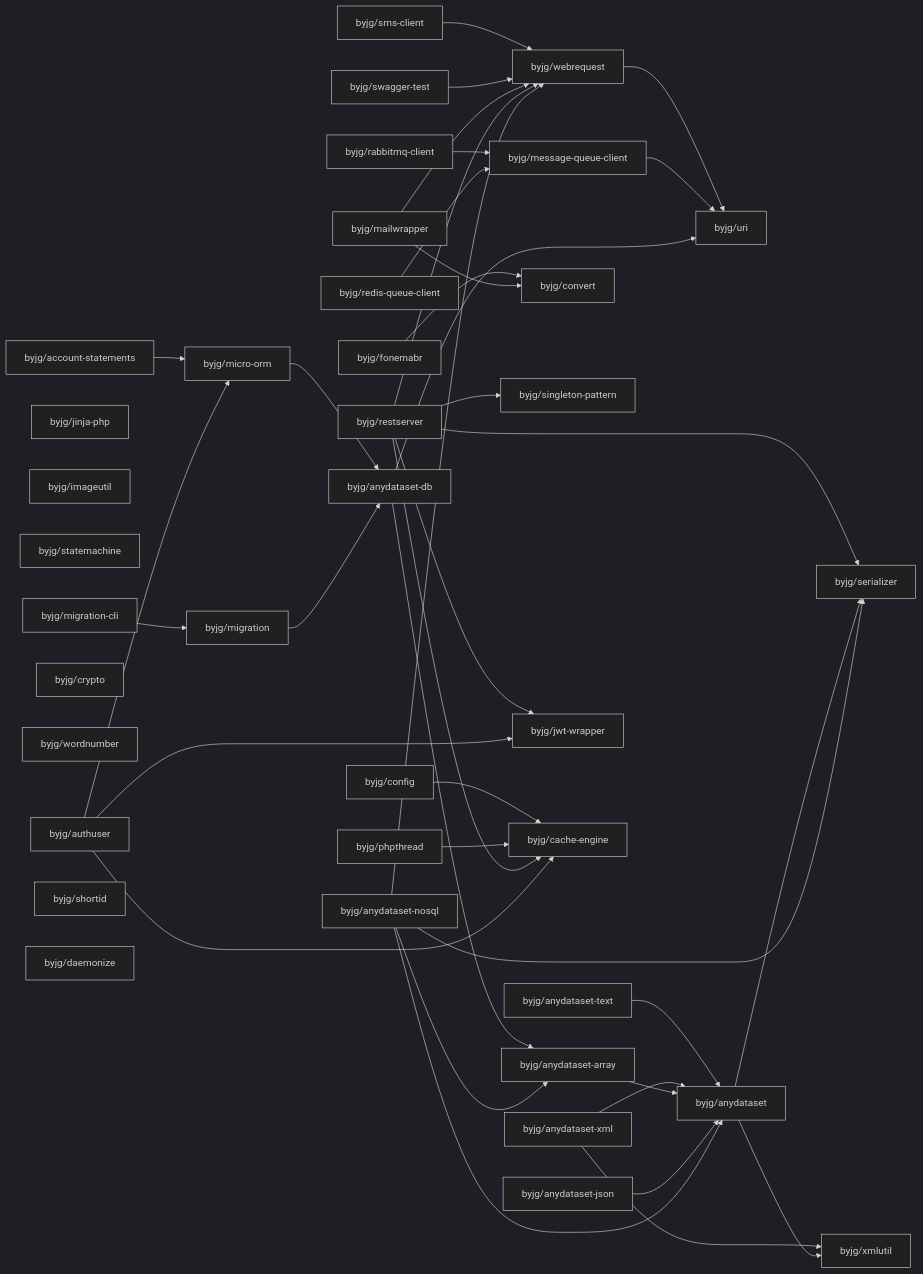
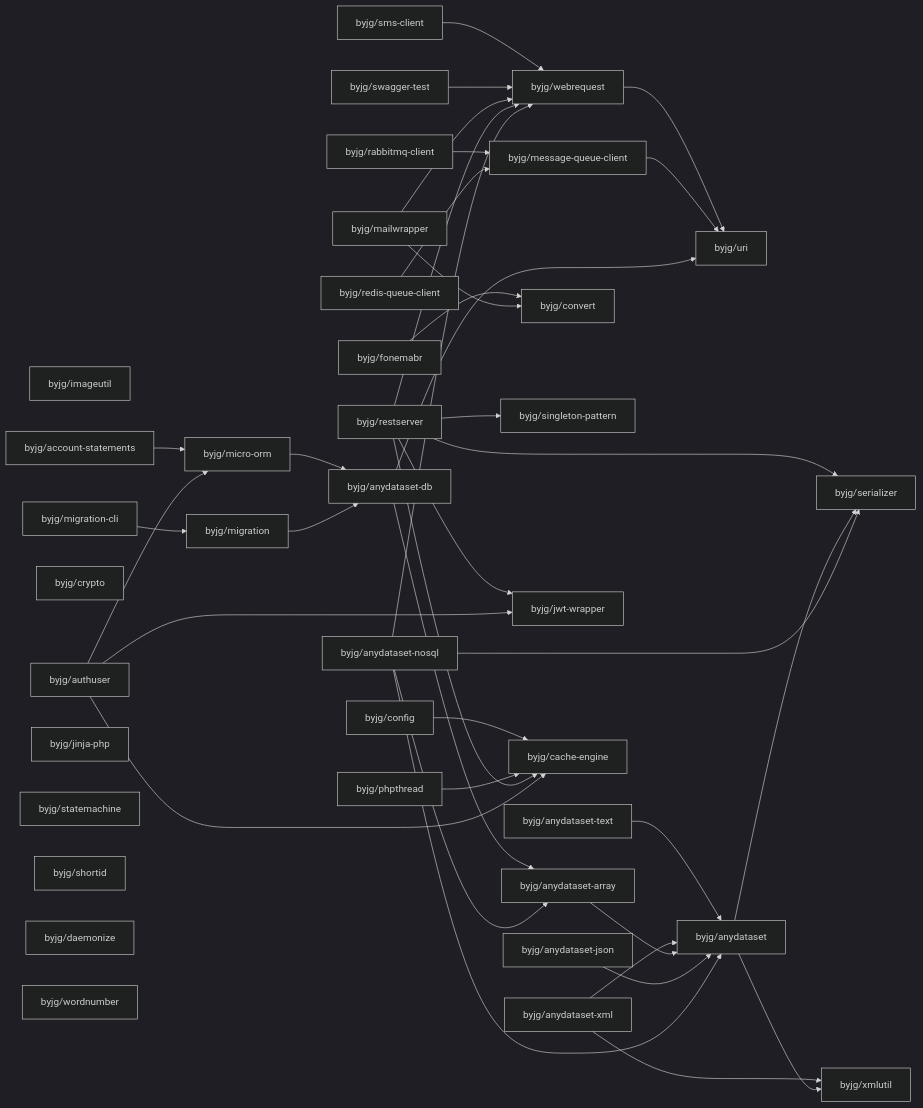
Before and after one commit to byjg/byjg.github.io: the diagram in php/README.md, drawn with Mermaid (dark theme). The commit also changed other lines of this file and 1 other file, not shown here.

Commit message:
Update documentation 'php' 'php-anydataset'

````diff
--- a/php/README.md
+++ b/php/README.md
@@ -3,76 +3,76 @@
 ```mermaid
 graph LR;
-  byjg/anydataset-xml;
+  byjg/imageutil;
+  byjg/redis-queue-client;
+  byjg/migration-cli;
+  byjg/account-statements;
+  byjg/anydataset-nosql;
+  byjg/crypto;
   byjg/authuser;
-  byjg/config;
+  byjg/sms-client;
   byjg/jinja-php;
-  byjg/imageutil;
+  byjg/phpthread;
   byjg/statemachine;
-  byjg/migration-cli;
-  byjg/crypto;
+  byjg/shortid;
+  byjg/anydataset-json;
+  byjg/anydataset-text;
+  byjg/mailwrapper;
+  byjg/daemonize;
   byjg/swagger-test;
   byjg/wordnumber;
-  byjg/redis-queue-client;
-  byjg/sms-client;
-  byjg/account-statements;
-  byjg/anydataset-json;
   byjg/fonemabr;
-  byjg/shortid;
-  byjg/mailwrapper;
-  byjg/anydataset-text;
-  byjg/anydataset-nosql;
-  byjg/daemonize;
   byjg/restserver;
-  byjg/phpthread;
+  byjg/anydataset-xml;
   byjg/rabbitmq-client;
+  byjg/config;
   byjg/migration;
   byjg/micro-orm;
   byjg/convert;
   byjg/singleton-pattern;
   byjg/webrequest;
   byjg/jwt-wrapper;
+  byjg/message-queue-client;
   byjg/cache-engine;
-  byjg/message-queue-client;
   byjg/anydataset-db;
   byjg/anydataset-array;
   byjg/uri;
   byjg/anydataset;
   byjg/serializer;
   byjg/xmlutil;
   byjg/sms-client --> byjg/webrequest;
   byjg/fonemabr --> byjg/convert;
   byjg/config --> byjg/cache-engine;
   byjg/anydataset-text --> byjg/anydataset;
   byjg/webrequest --> byjg/uri;
   byjg/account-statements --> byjg/micro-orm;
   byjg/rabbitmq-client --> byjg/message-queue-client;
   byjg/micro-orm --> byjg/anydataset-db;
   byjg/phpthread --> byjg/cache-engine;
   byjg/swagger-test --> byjg/webrequest;
   byjg/anydataset-xml --> byjg/anydataset;
   byjg/anydataset-xml --> byjg/xmlutil;
   byjg/anydataset-array --> byjg/anydataset;
   byjg/mailwrapper --> byjg/convert;
   byjg/mailwrapper --> byjg/webrequest;
   byjg/message-queue-client --> byjg/uri;
   byjg/anydataset-db --> byjg/anydataset-array;
   byjg/anydataset-db --> byjg/uri;
   byjg/anydataset-json --> byjg/anydataset;
   byjg/migration --> byjg/anydataset-db;
   byjg/redis-queue-client --> byjg/message-queue-client;
   byjg/restserver --> byjg/serializer;
   byjg/restserver --> byjg/singleton-pattern;
   byjg/restserver --> byjg/cache-engine;
   byjg/restserver --> byjg/webrequest;
   byjg/restserver --> byjg/jwt-wrapper;
   byjg/authuser --> byjg/micro-orm;
   byjg/authuser --> byjg/cache-engine;
   byjg/authuser --> byjg/jwt-wrapper;
   byjg/migration-cli --> byjg/migration;
   byjg/anydataset --> byjg/serializer;
   byjg/anydataset --> byjg/xmlutil;
   byjg/anydataset-nosql --> byjg/anydataset;
   byjg/anydataset-nosql --> byjg/anydataset-array;
   byjg/anydataset-nosql --> byjg/serializer;
   byjg/anydataset-nosql --> byjg/webrequest;
 ```
````
